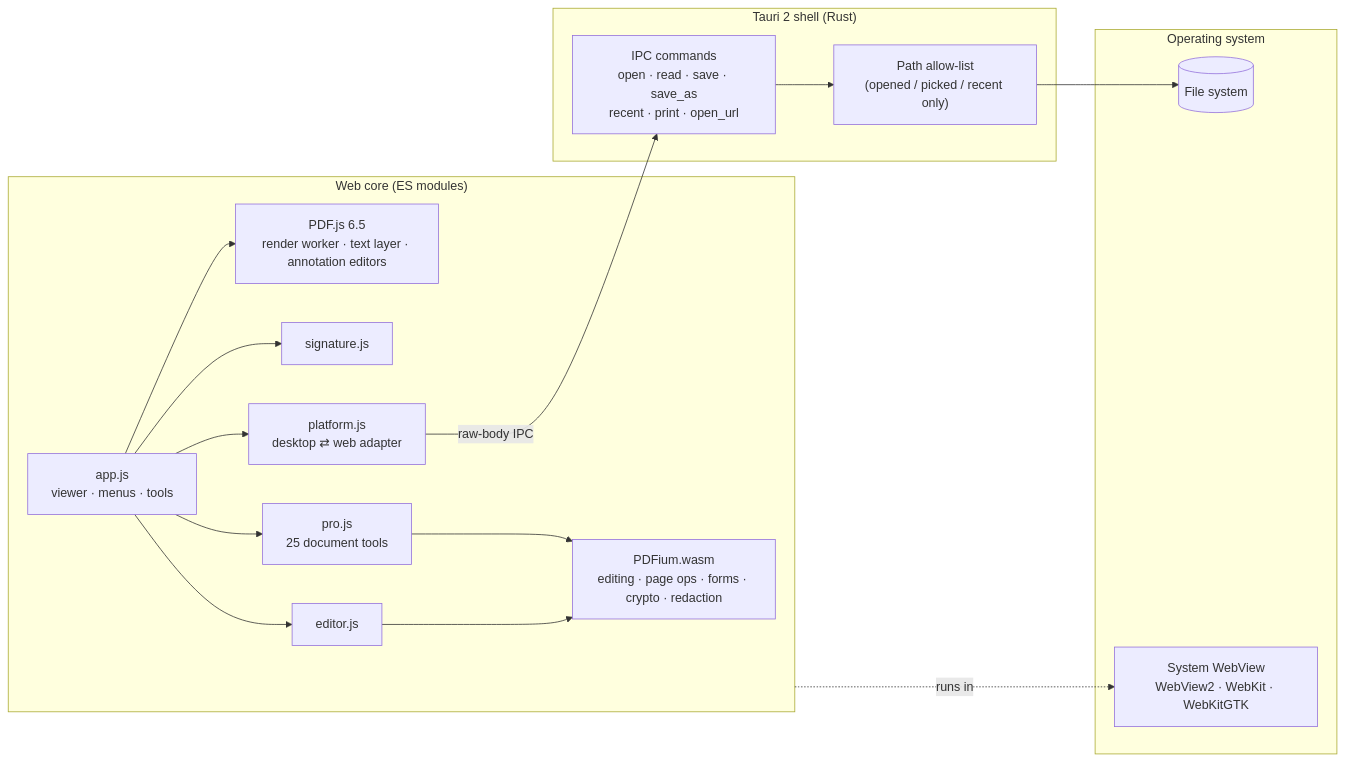
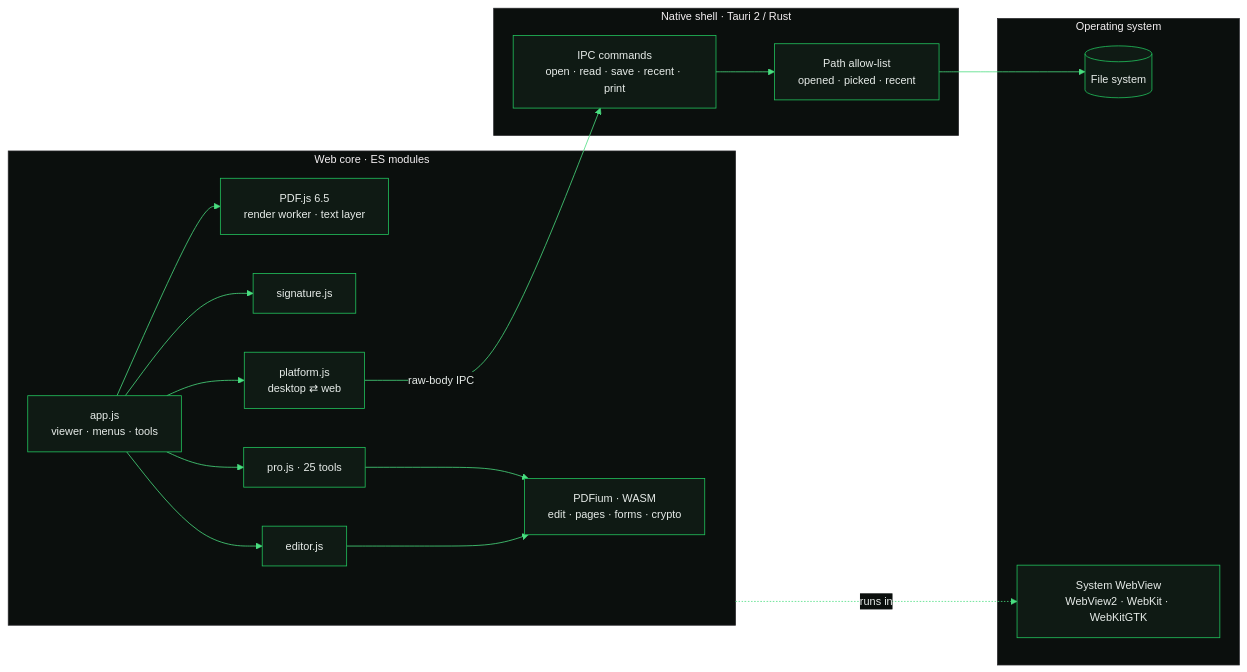
One commit to vasileiostripolidis/flipleaf-src changed the diagram in README.md. Above: the diagram before and after it, drawn with Mermaid. The commit also changed other lines of this file and 19 other files, not shown here.

Commit message:
Flipleaf 1.6.0: light/dark theme switch, compact toolbar, modern project page

````diff
--- a/README.md
+++ b/README.md
@@ -101,30 +104,32 @@
 ```mermaid
+%%{init: {"theme":"base","themeVariables":{"fontFamily":"Inter, Segoe UI, system-ui, sans-serif","fontSize":"14px","primaryColor":"#0f1a14","primaryTextColor":"#e7ece9","primaryBorderColor":"#22c55e","lineColor":"#4ade80","secondaryColor":"#111827","tertiaryColor":"#0b0f0d","clusterBkg":"#0b0f0d","clusterBorder":"#27272a","edgeLabelBackground":"#0b0f0d"}}}%%
 flowchart LR
   subgraph OS["Operating system"]
     FS[(File system)]
     WV["System WebView<br/>WebView2 · WebKit · WebKitGTK"]
   end
 
-  subgraph Rust["Tauri 2 shell (Rust)"]
-    CMD["IPC commands<br/>open · read · save · save_as<br/>recent · print · open_url"]
-    SCOPE["Path allow-list<br/>(opened / picked / recent only)"]
+  subgraph Rust["Native shell · Tauri 2 / Rust"]
+    CMD["IPC commands<br/>open · read · save · recent · print"]
+    SCOPE["Path allow-list<br/>opened · picked · recent"]
     CMD --> SCOPE --> FS
   end
 
-  subgraph UI["Web core (ES modules)"]
+  subgraph UI["Web core · ES modules"]
     APP["app.js<br/>viewer · menus · tools"]
-    PDFJS["PDF.js 6.5<br/>render worker · text layer · annotation editors"]
-    PDFIUM["PDFium.wasm<br/>editing · page ops · forms · crypto · redaction"]
+    PDFJS["PDF.js 6.5<br/>render worker · text layer"]
+    PDFIUM["PDFium · WASM<br/>edit · pages · forms · crypto"]
     SIG["signature.js"]
-    PRO["pro.js<br/>25 document tools"]
-    PLAT["platform.js<br/>desktop ⇄ web adapter"]
+    PRO["pro.js · 25 tools"]
+    EDIT["editor.js"]
+    PLAT["platform.js<br/>desktop ⇄ web"]
     APP --> PDFJS
     APP --> SIG
     APP --> PRO --> PDFIUM
-    APP --> EDIT["editor.js"] --> PDFIUM
+    APP --> EDIT --> PDFIUM
     APP --> PLAT
   end
 
   PLAT -- "raw-body IPC" --> CMD
   UI -. runs in .-> WV
 ```
````
